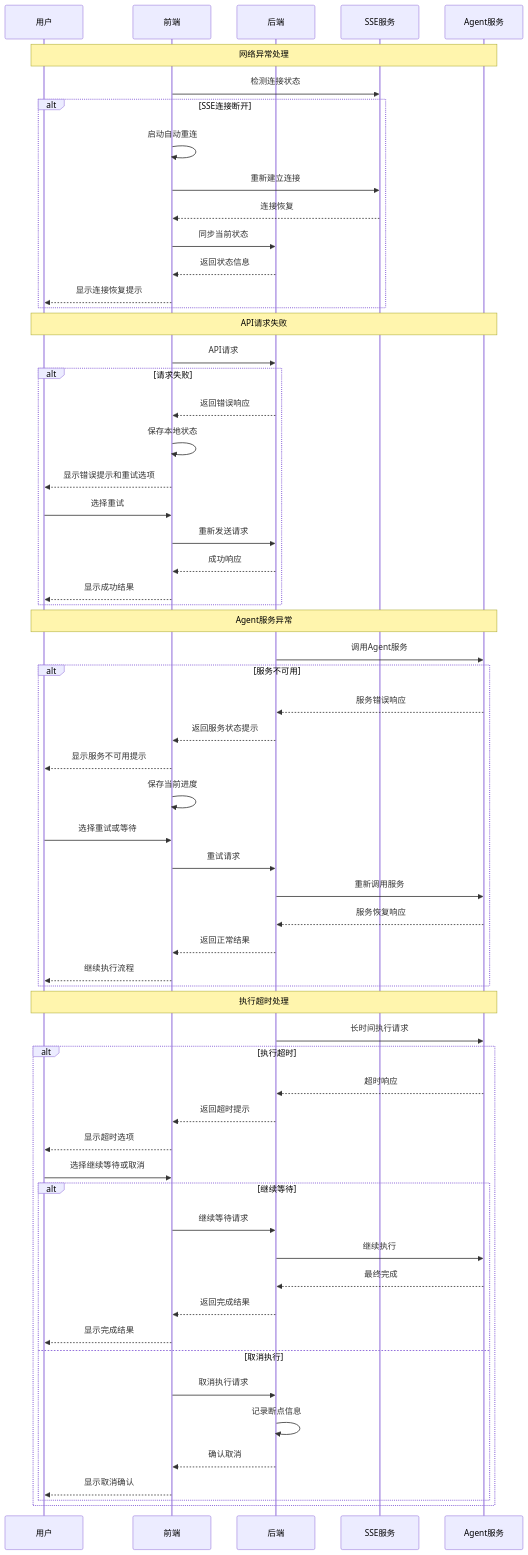
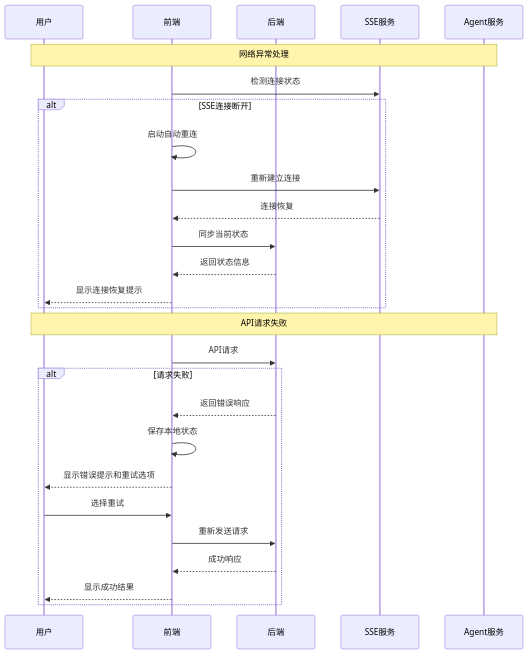
One commit to PGshen/thinking-map changed the third of 5 diagrams in docs/interaction-sequence-diagram.md. Above: the diagram before and after it, drawn with Mermaid. The commit also changed other lines of this file and 1 other file, not shown here.

First line of the commit message:
docs: update interaction sequence diagram and add streaming JSON parser doc

````diff
--- a/docs/interaction-sequence-diagram.md
+++ b/docs/interaction-sequence-diagram.md
@@ -140,67 +123,31 @@
 ```mermaid
 sequenceDiagram
     participant U as 用户
     participant F as 前端
     participant B as 后端
     participant SSE as SSE服务
     participant A as Agent服务
 
     Note over U,A: 网络异常处理
     F->>SSE: 检测连接状态
     alt SSE连接断开
         F->>F: 启动自动重连
         F->>SSE: 重新建立连接
         SSE-->>F: 连接恢复
         F->>B: 同步当前状态
         B-->>F: 返回状态信息
         F-->>U: 显示连接恢复提示
     end
 
     Note over U,A: API请求失败
     F->>B: API请求
     alt 请求失败
         B-->>F: 返回错误响应
         F->>F: 保存本地状态
         F-->>U: 显示错误提示和重试选项
         U->>F: 选择重试
         F->>B: 重新发送请求
         B-->>F: 成功响应
         F-->>U: 显示成功结果
     end
-
-    Note over U,A: Agent服务异常
-    B->>A: 调用Agent服务
-    alt 服务不可用
-        A-->>B: 服务错误响应
-        B-->>F: 返回服务状态提示
-        F-->>U: 显示服务不可用提示
-        F->>F: 保存当前进度
-        U->>F: 选择重试或等待
-        F->>B: 重试请求
-        B->>A: 重新调用服务
-        A-->>B: 服务恢复响应
-        B-->>F: 返回正常结果
-        F-->>U: 继续执行流程
-    end
-
-    Note over U,A: 执行超时处理
-    B->>A: 长时间执行请求
-    alt 执行超时
-        A-->>B: 超时响应
-        B-->>F: 返回超时提示
-        F-->>U: 显示超时选项
-        U->>F: 选择继续等待或取消
-        alt 继续等待
-            F->>B: 继续等待请求
-            B->>A: 继续执行
-            A-->>B: 最终完成
-            B-->>F: 返回完成结果
-            F-->>U: 显示完成结果
-        else 取消执行
-            F->>B: 取消执行请求
-            B->>B: 记录断点信息
-            B-->>F: 确认取消
-            F-->>U: 显示取消确认
-        end
-    end
 ```
````
